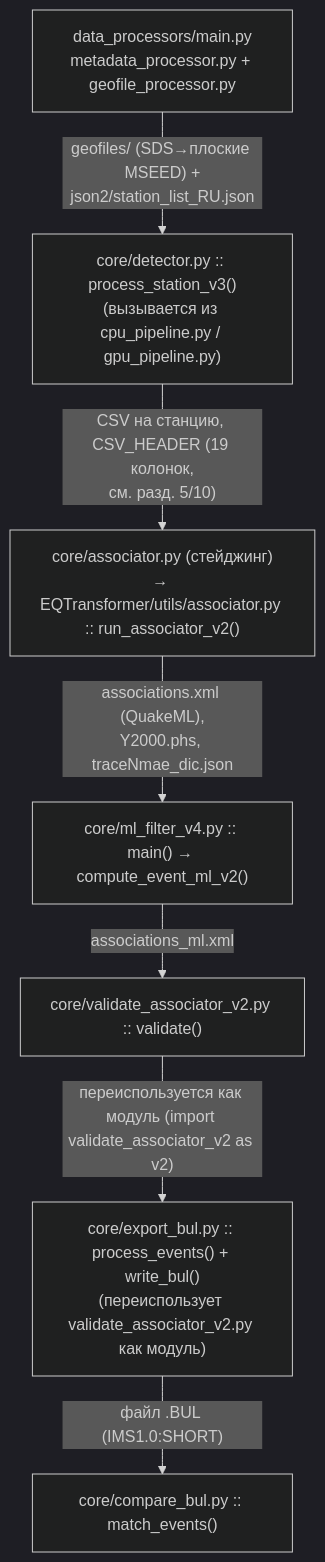
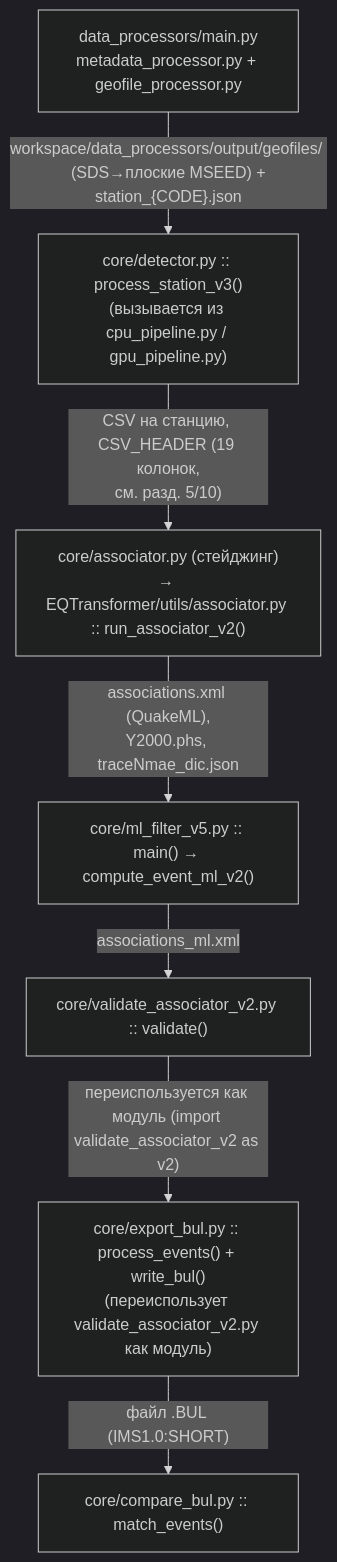
Before and after one commit to ruhose73/FastEQT: the first of 9 diagrams in docs/doc-technical.md, drawn with Mermaid (dark theme). The commit also changed other lines of this file and 23 other files, not shown here.

````diff
--- a/docs/doc-technical.md
+++ b/docs/doc-technical.md
@@ -17,17 +17,17 @@
 ```mermaid
 flowchart TD
     A["data_processors/main.py<br/>metadata_processor.py + geofile_processor.py"]
     B["core/detector.py :: process_station_v3()<br/>(вызывается из cpu_pipeline.py / gpu_pipeline.py)"]
     C["core/associator.py (стейджинг)<br/>→ EQTransformer/utils/associator.py :: run_associator_v2()"]
-    D["core/ml_filter_v4.py :: main() → compute_event_ml_v2()"]
+    D["core/ml_filter_v5.py :: main() → compute_event_ml_v2()"]
     E["core/validate_associator_v2.py :: validate()"]
     F["core/export_bul.py :: process_events() + write_bul()<br/>(переиспользует validate_associator_v2.py как модуль)"]
     G["core/compare_bul.py :: match_events()"]
 
-    A -->|"geofiles/ (SDS→плоские MSEED) +<br/>json2/station_list_RU.json"| B
+    A -->|"workspace/data_processors/output/geofiles/ (SDS→плоские MSEED) +<br/>station_{CODE}.json"| B
     B -->|"CSV на станцию, CSV_HEADER (19 колонок,<br/>см. разд. 5/10)"| C
     C -->|"associations.xml (QuakeML),<br/>Y2000.phs, traceNmae_dic.json"| D
     D -->|"associations_ml<tag>.xml"| E
     E -->|"переиспользуется как модуль (import validate_associator_v2 as v2)"| F
     F -->|"файл .BUL (IMS1.0:SHORT)"| G
 ```
````
